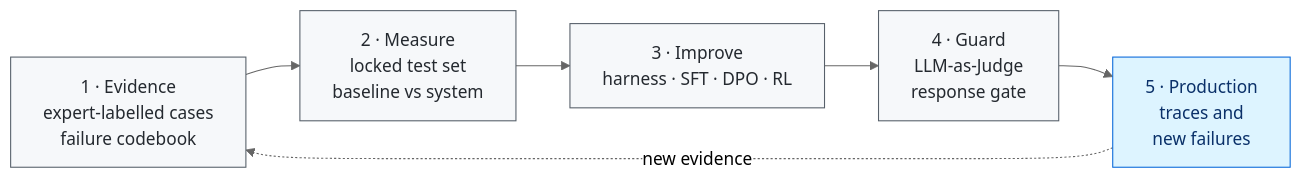
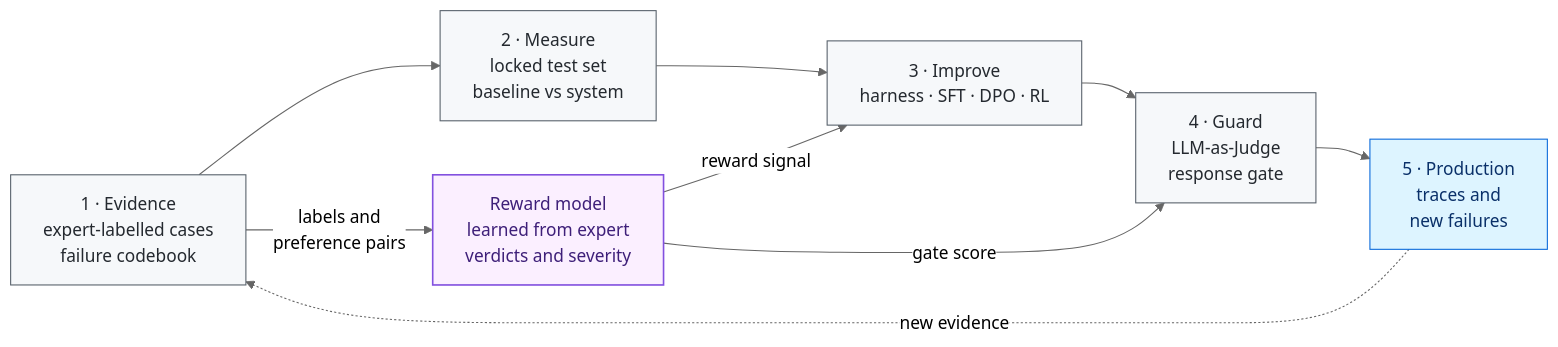
The first of 3 diagrams in README.md (aws-samples/sample-GEDD), drawn with Mermaid (neutral theme) before and after one commit. The commit also changed other lines of this file, not shown here.

First line of the commit message:
Add reward model to the GEDD flywheel

````diff
--- a/README.md
+++ b/README.md
@@ -17,16 +19,22 @@
 ```mermaid
 flowchart LR
     E["1 · Evidence<br/>expert-labelled cases<br/>failure codebook"]
     M["2 · Measure<br/>locked test set<br/>baseline vs system"]
     I["3 · Improve<br/>harness · SFT · DPO · RL"]
     G["4 · Guard<br/>LLM-as-Judge<br/>response gate"]
     P["5 · Production<br/>traces and<br/>new failures"]
+    R["Reward model<br/>learned from expert<br/>verdicts and severity"]
 
     E --> M --> I --> G --> P
     P -. "new evidence" .-> E
+    E -- "labels and<br/>preference pairs" --> R
+    R -- "reward signal" --> I
+    R -- "gate score" --> G
 
     classDef step fill:#f6f8fa,stroke:#57606a,stroke-width:1px,color:#24292f;
     classDef live fill:#ddf4ff,stroke:#0969da,stroke-width:1px,color:#0a3069;
+    classDef rm fill:#fbefff,stroke:#8250df,stroke-width:1.5px,color:#3e1f79;
     class E,M,I,G step;
     class P live;
+    class R rm;
 ```
````
